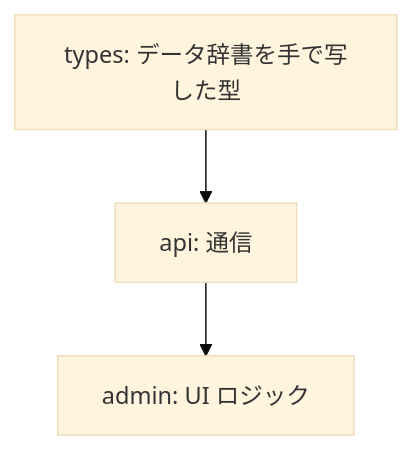
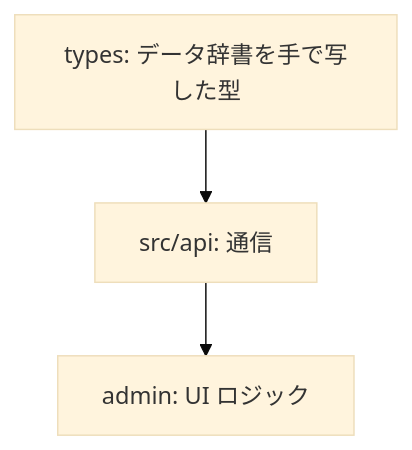
One commit to stein2nd/s2j-media-library-date-corrector changed the first of 6 diagrams in docs/architecture.md. Above: the diagram before and after it, drawn with Mermaid (base theme). The commit also changed other lines of this file and 8 other files, not shown here.

````diff
--- a/docs/architecture.md
+++ b/docs/architecture.md
@@ -96,5 +95,5 @@
 ```mermaid
 flowchart TD
-  A["types: データ辞書を手で写した型"] --> B["api: 通信"]
+  A["types: データ辞書を手で写した型"] --> B["src/api: 通信"]
   B --> C["admin: UI ロジック"]
 ```
````
